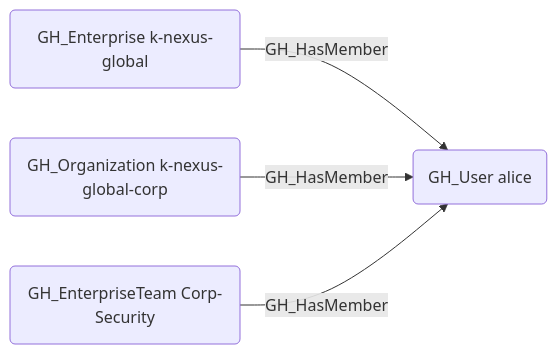
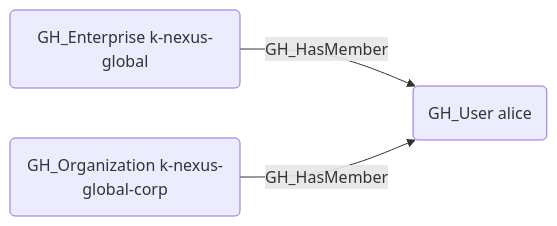
The diagram in Documentation/EdgeDescriptions/GH_HasMember.md (SpecterOps/GitHound), drawn with Mermaid before and after one commit. The commit also changed other lines of this file and 6 other files, not shown here.

````diff
--- a/Documentation/EdgeDescriptions/GH_HasMember.md
+++ b/Documentation/EdgeDescriptions/GH_HasMember.md
@@ -14,10 +14,8 @@
 ```mermaid
 graph LR
     node1("GH_Enterprise k-nexus-global")
     node2("GH_Organization k-nexus-global-corp")
     node3("GH_User alice")
-    node4("GH_EnterpriseTeam Corp-Security")
     node1 -- GH_HasMember --> node3
     node2 -- GH_HasMember --> node3
-    node4 -- GH_HasMember --> node3
 ```
````
